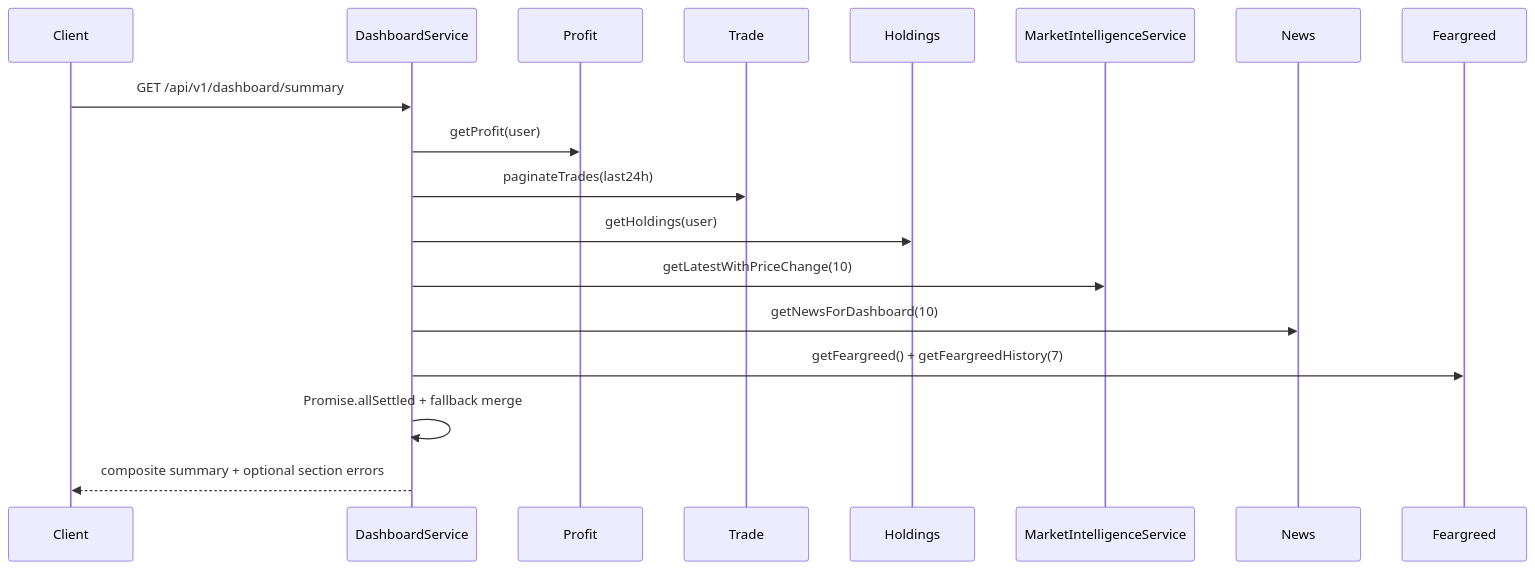
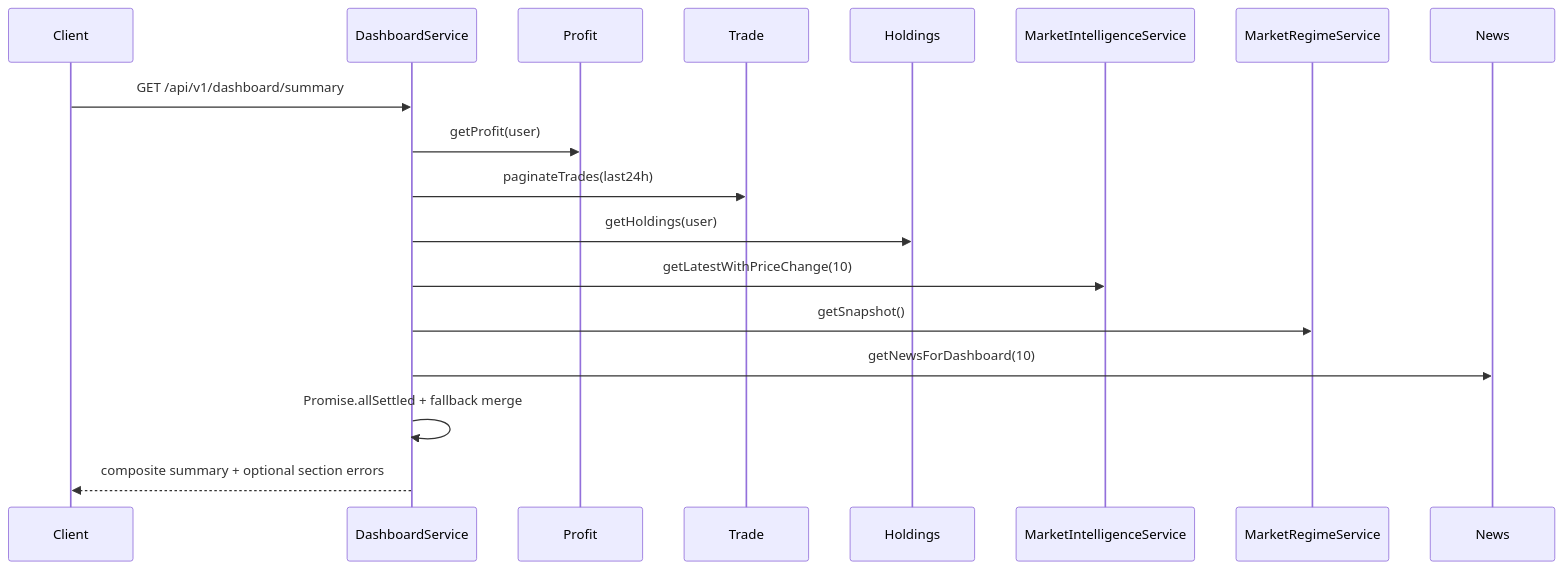
One commit to eunsoogi/kkalla changed the tenth of 12 diagrams in api/docs/architecture/system-structure.md. Above: the diagram before and after it, drawn with Mermaid. The commit also changed other lines of this file and 110 other files, not shown here.

````diff
--- a/api/docs/architecture/system-structure.md
+++ b/api/docs/architecture/system-structure.md
@@ -429,21 +452,21 @@
 ```mermaid
 sequenceDiagram
   participant Client
   participant Dashboard as DashboardService
   participant Profit
   participant Trade
   participant Holdings
   participant Signals as MarketIntelligenceService
+  participant MarketRegime as MarketRegimeService
   participant News
-  participant Feargreed
 
   Client->>Dashboard: GET /api/v1/dashboard/summary
   Dashboard->>Profit: getProfit(user)
   Dashboard->>Trade: paginateTrades(last24h)
   Dashboard->>Holdings: getHoldings(user)
   Dashboard->>Signals: getLatestWithPriceChange(10)
+  Dashboard->>MarketRegime: getSnapshot()
   Dashboard->>News: getNewsForDashboard(10)
-  Dashboard->>Feargreed: getFeargreed() + getFeargreedHistory(7)
   Dashboard->>Dashboard: Promise.allSettled + fallback merge
   Dashboard-->>Client: composite summary + optional section errors
 ```
````
